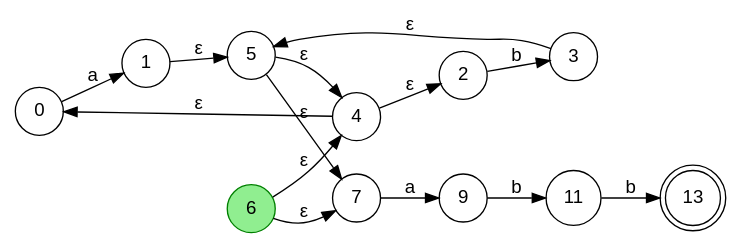
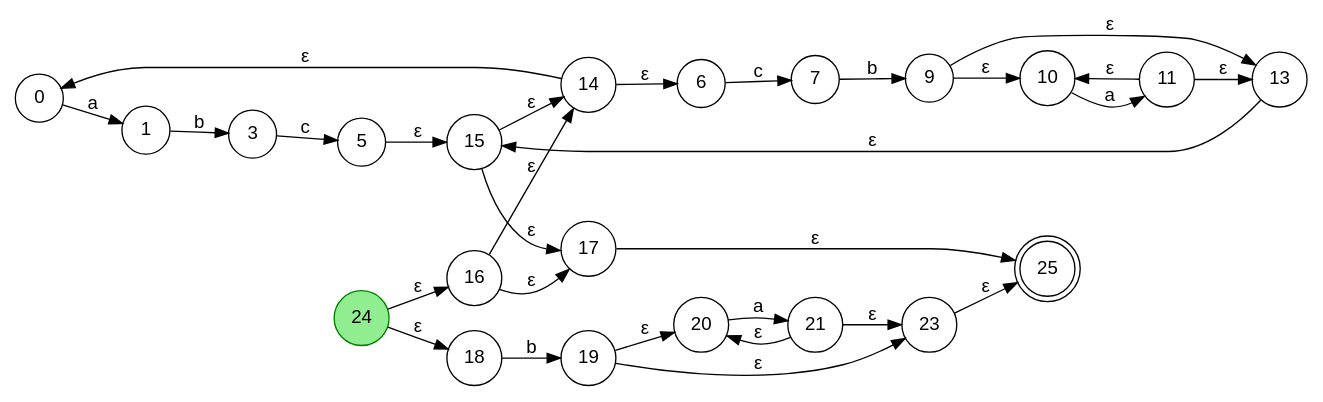
The diagram in dots/nfa.dot (EndRiKeR/comp-lab), drawn with Graphviz before and after one commit. The commit also changed 11 other files, not shown here.

```diff
--- a/dots/nfa.dot
+++ b/dots/nfa.dot
@@ -1,29 +1,54 @@
 digraph NFA {
   rankdir=LR;
   node [fontname="Helvetica,Arial,sans-serif"];
   edge [fontname="Helvetica,Arial,sans-serif"];
   0 [shape=circle];
   1 [shape=circle];
-  2 [shape=circle];
   3 [shape=circle];
-  4 [shape=circle];
   5 [shape=circle];
-  6 [shape=circle,color=green,style=filled,fillcolor=lightgreen];
+  6 [shape=circle];
   7 [shape=circle];
   9 [shape=circle];
+  10 [shape=circle];
   11 [shape=circle];
-  13 [shape=doublecircle];
-  6 -> 4 [label="ε"];
-  6 -> 7 [label="ε"];
-  4 -> 0 [label="ε"];
-  4 -> 2 [label="ε"];
+  13 [shape=circle];
+  14 [shape=circle];
+  15 [shape=circle];
+  16 [shape=circle];
+  17 [shape=circle];
+  18 [shape=circle];
+  19 [shape=circle];
+  20 [shape=circle];
+  21 [shape=circle];
+  23 [shape=circle];
+  24 [shape=circle,color=green,style=filled,fillcolor=lightgreen];
+  25 [shape=doublecircle];
+  24 -> 16 [label="ε"];
+  24 -> 18 [label="ε"];
+  16 -> 14 [label="ε"];
+  16 -> 17 [label="ε"];
+  14 -> 0 [label="ε"];
+  14 -> 6 [label="ε"];
   0 -> 1 [label="a"];
-  1 -> 5 [label="ε"];
-  5 -> 4 [label="ε"];
-  5 -> 7 [label="ε"];
-  7 -> 9 [label="a"];
-  9 -> 11 [label="b"];
-  11 -> 13 [label="b"];
-  2 -> 3 [label="b"];
-  3 -> 5 [label="ε"];
+  1 -> 3 [label="b"];
+  3 -> 5 [label="c"];
+  5 -> 15 [label="ε"];
+  15 -> 14 [label="ε"];
+  15 -> 17 [label="ε"];
+  17 -> 25 [label="ε"];
+  6 -> 7 [label="c"];
+  7 -> 9 [label="b"];
+  9 -> 10 [label="ε"];
+  9 -> 13 [label="ε"];
+  10 -> 11 [label="a"];
+  11 -> 10 [label="ε"];
+  11 -> 13 [label="ε"];
+  13 -> 15 [label="ε"];
+  18 -> 19 [label="b"];
+  19 -> 20 [label="ε"];
+  19 -> 23 [label="ε"];
+  20 -> 21 [label="a"];
+  21 -> 20 [label="ε"];
+  21 -> 23 [label="ε"];
+  23 -> 25 [label="ε"];
 }
```
